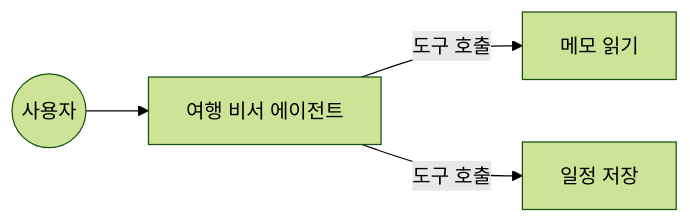
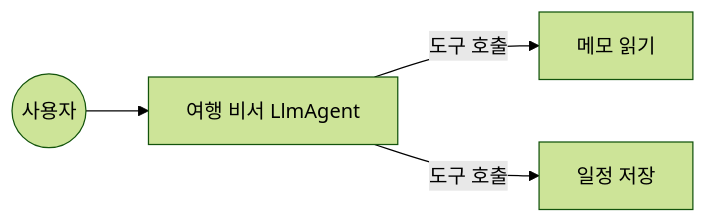
One commit to KennethanCeyer/build-with-agent changed the diagram in lab1/README.md. Above: the diagram before and after it, drawn with Mermaid (forest theme). The commit also changed other lines of this file and 12 other files, not shown here.

````diff
--- a/lab1/README.md
+++ b/lab1/README.md
@@ -9,6 +9,6 @@
 ```mermaid
 graph LR
-    User((사용자)) --> Agent[여행 비서 에이전트]
+    User((사용자)) --> Agent[여행 비서 LlmAgent]
     Agent -->|도구 호출| Read[메모 읽기]
     Agent -->|도구 호출| Save[일정 저장]
 ```
````
